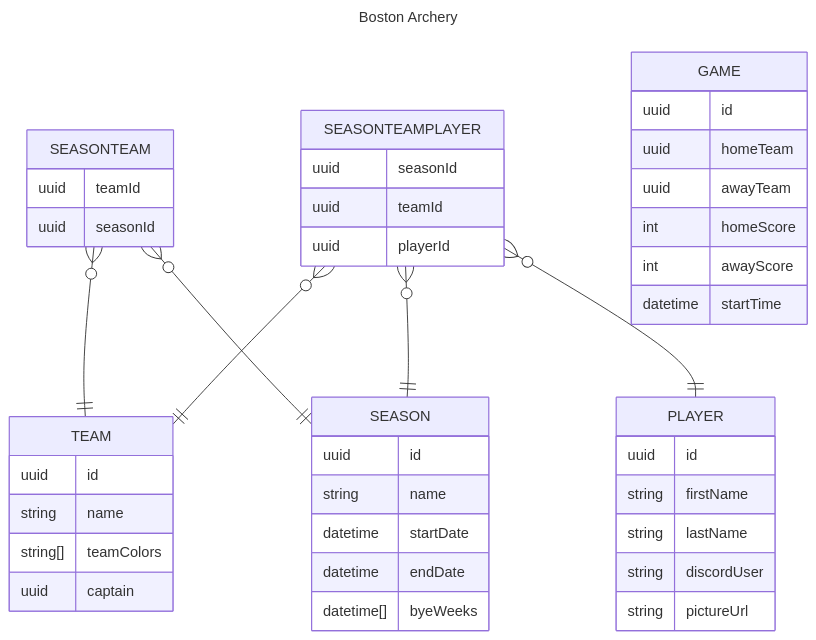
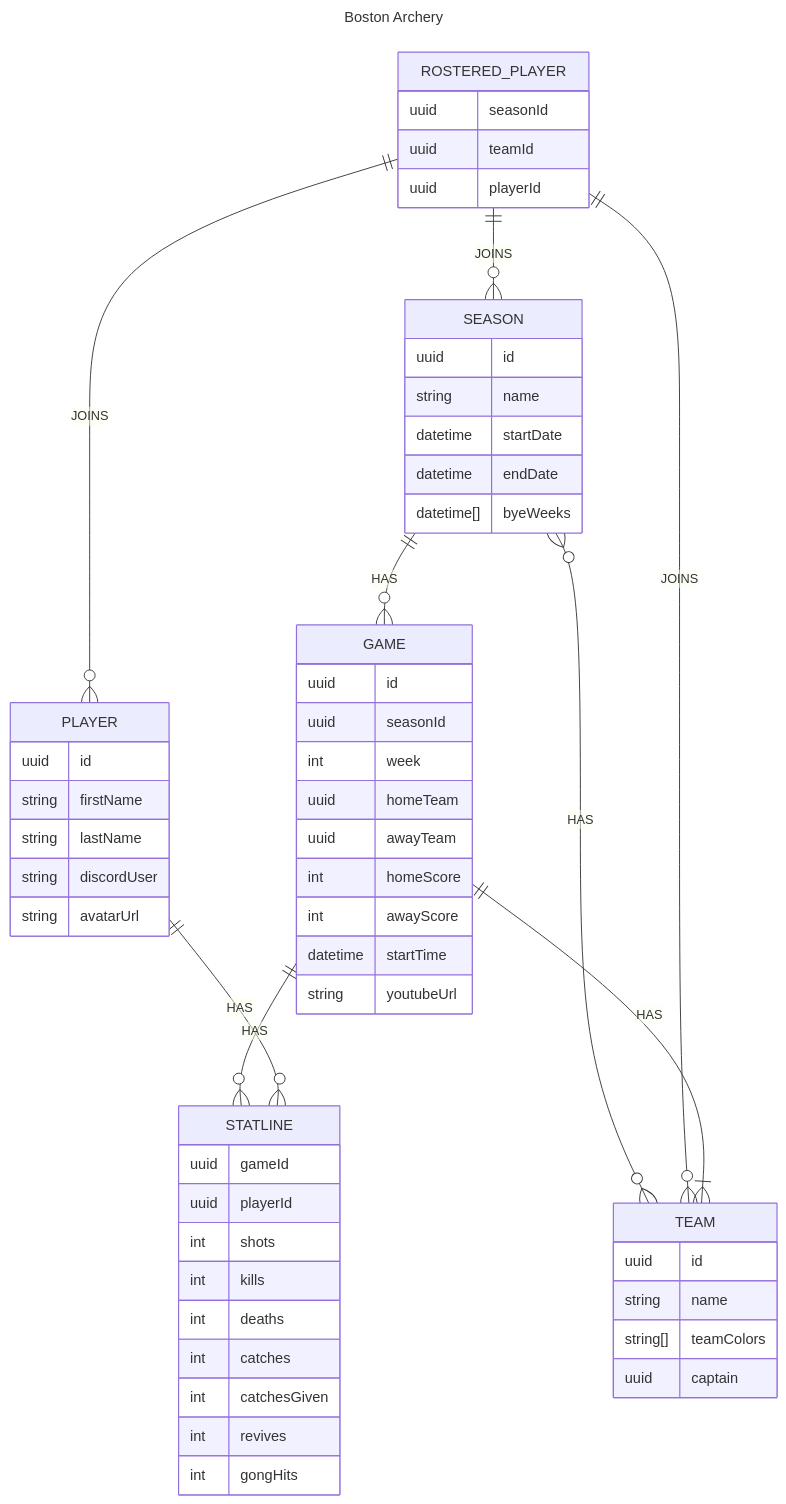
One commit to mellena1/boston-archery-api changed the diagram in docs/erd.mmd. Above: the diagram before and after it, drawn with Mermaid. The commit also changed other lines of this file, not shown here.

Commit message:
flesh out more of the erd

```diff
--- a/docs/erd.mmd
+++ b/docs/erd.mmd
@@ -1,46 +1,59 @@
 ---
 title: Boston Archery
 ---
 erDiagram
 SEASON {
     uuid id
     string name
     datetime startDate
     datetime endDate
     datetime[] byeWeeks
 }
 TEAM {
     uuid id
     string name
     string[] teamColors
     uuid captain
 }
-SEASONTEAM }o--|| TEAM : ""
-SEASONTEAM }o--|| SEASON : ""
-SEASONTEAM {
-    uuid teamId
-    uuid seasonId
-}
+SEASON }o--o{ TEAM : HAS
 PLAYER {
     uuid id
     string firstName
     string lastName
     string discordUser
-    string pictureUrl
+    string avatarUrl
 }
-SEASONTEAMPLAYER {
+ROSTERED_PLAYER {
     uuid seasonId
     uuid teamId
     uuid playerId
 }
-SEASONTEAMPLAYER }o--|| PLAYER : ""
-SEASONTEAMPLAYER }o--|| TEAM : ""
-SEASONTEAMPLAYER }o--|| SEASON : ""
+ROSTERED_PLAYER ||--o{ PLAYER : JOINS
+ROSTERED_PLAYER ||--o{ TEAM : JOINS
+ROSTERED_PLAYER ||--o{ SEASON : JOINS
 GAME {
     uuid id
+    uuid seasonId
+    int week
     uuid homeTeam
     uuid awayTeam
     int homeScore
     int awayScore
     datetime startTime
+    string youtubeUrl
 }
+SEASON ||--o{ GAME : HAS
+GAME ||--|{ TEAM : HAS
+STATLINE {
+    uuid gameId
+    uuid playerId
+    int shots
+    int kills
+    int deaths
+    int catches
+    int catchesGiven
+    int revives
+    int gongHits
+}
+GAME ||--o{ STATLINE : HAS
+PLAYER ||--o{ STATLINE : HAS
```
